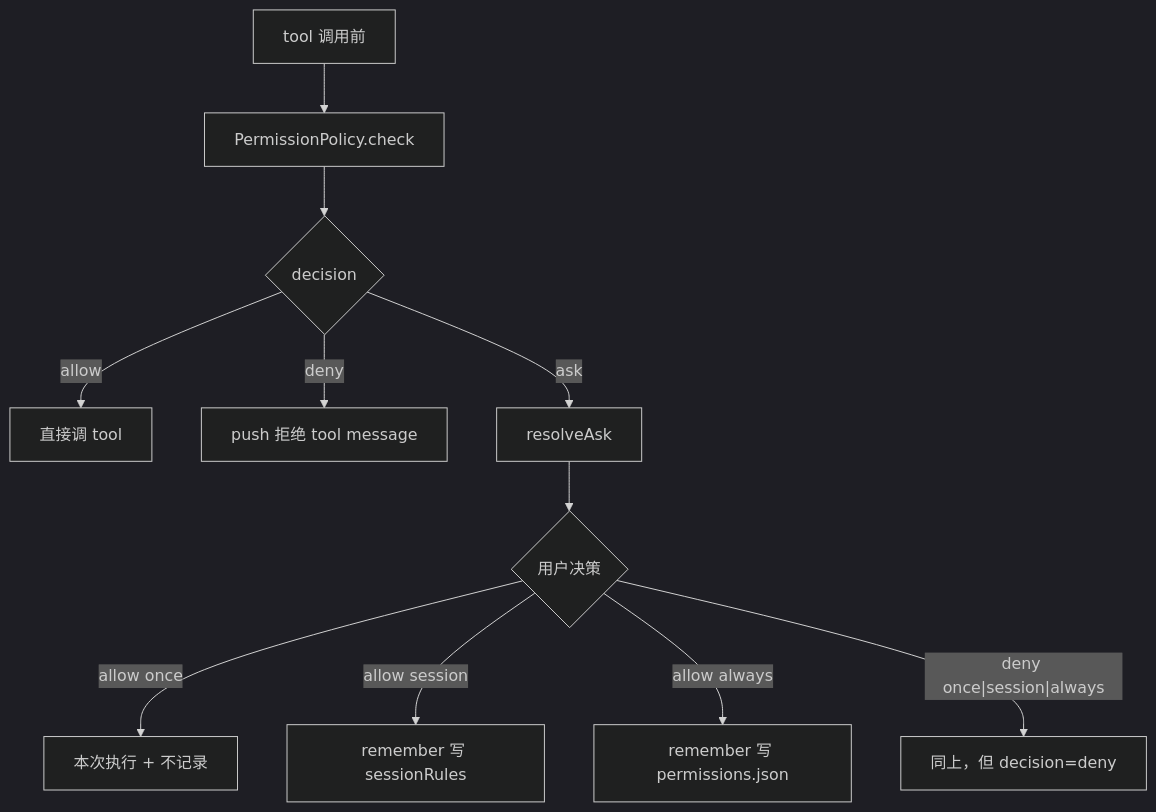
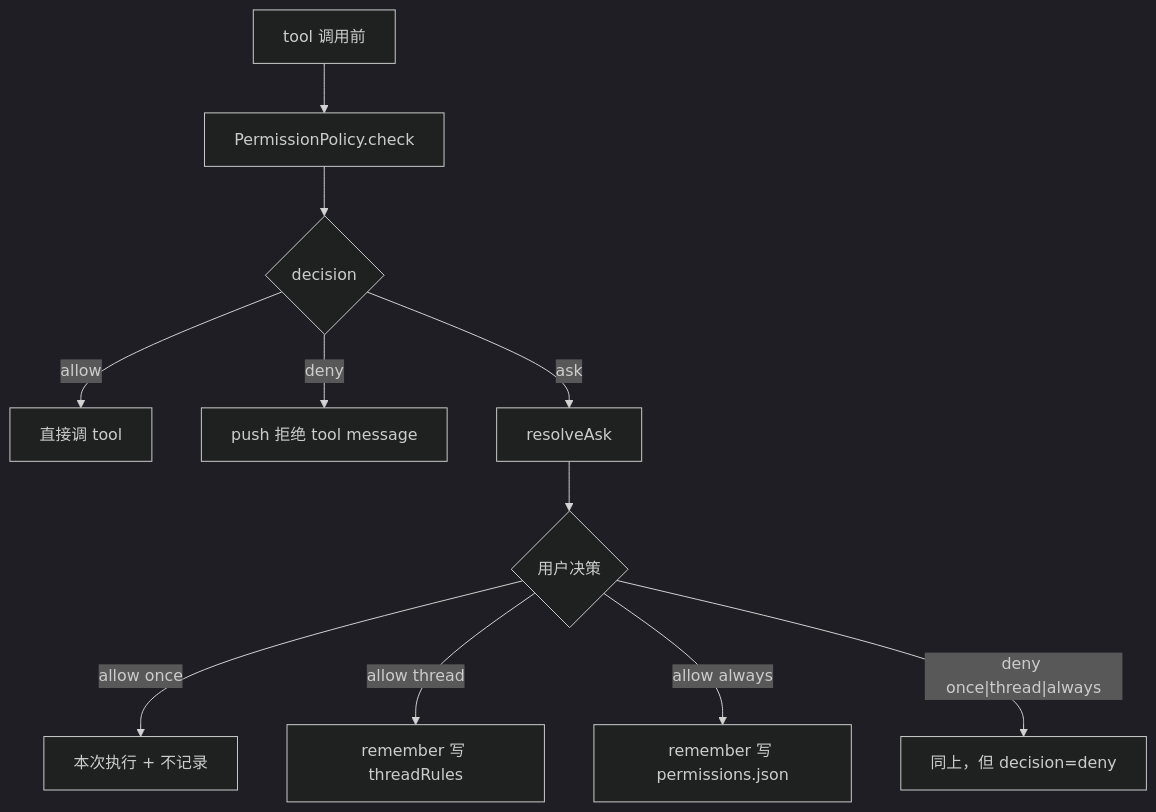
The diagram in packages/core/src/permission/permission.md (Lixuhang987/SpotAgent), drawn with Mermaid (dark theme) before and after one commit. The commit also changed other lines of this file and 49 other files, not shown here.

````diff
--- a/packages/core/src/permission/permission.md
+++ b/packages/core/src/permission/permission.md
@@ -14,13 +14,13 @@
 ```mermaid
 flowchart TD
   A[tool 调用前] --> B[PermissionPolicy.check]
   B --> C{decision}
   C -- allow --> H[直接调 tool]
   C -- deny --> I[push 拒绝 tool message]
   C -- ask --> D[resolveAsk]
   D --> E{用户决策}
   E -- allow once --> F[本次执行 + 不记录]
-  E -- allow session --> G[remember 写 sessionRules]
+  E -- allow thread --> G[remember 写 threadRules]
   E -- allow always --> J[remember 写 permissions.json]
-  E -- deny once|session|always --> K[同上，但 decision=deny]
+  E -- deny once|thread|always --> K[同上，但 decision=deny]
 ```
````
